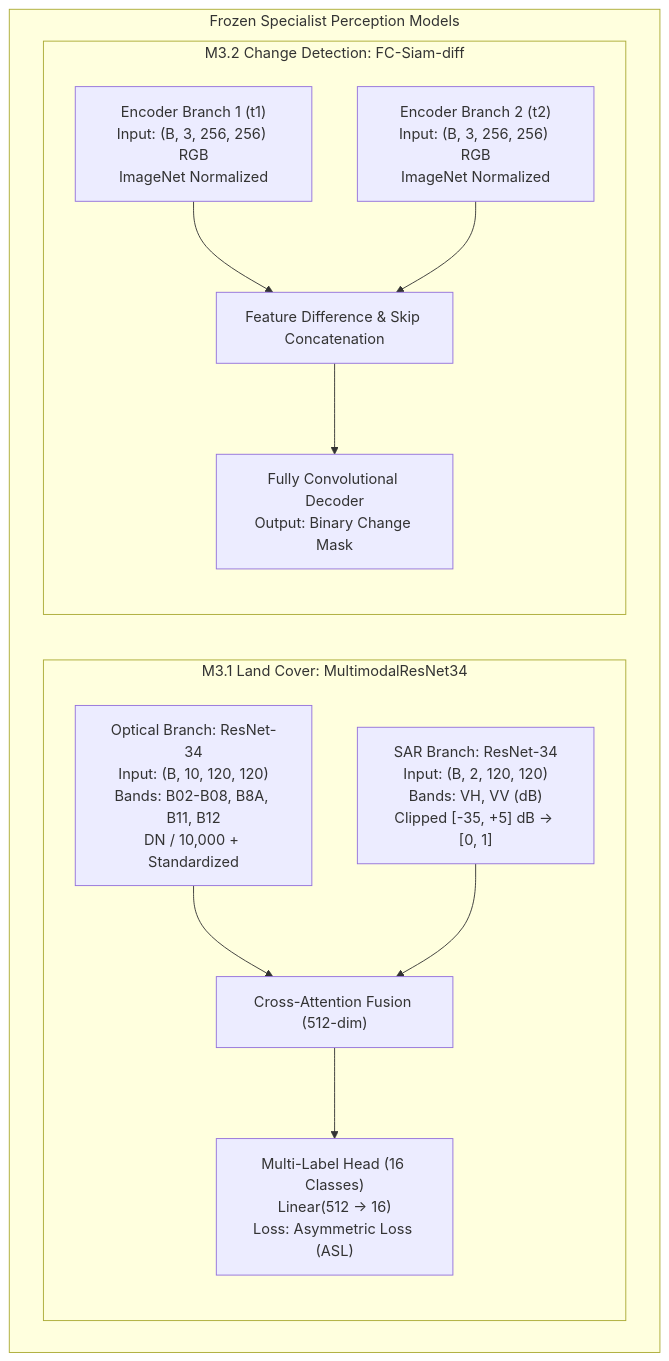
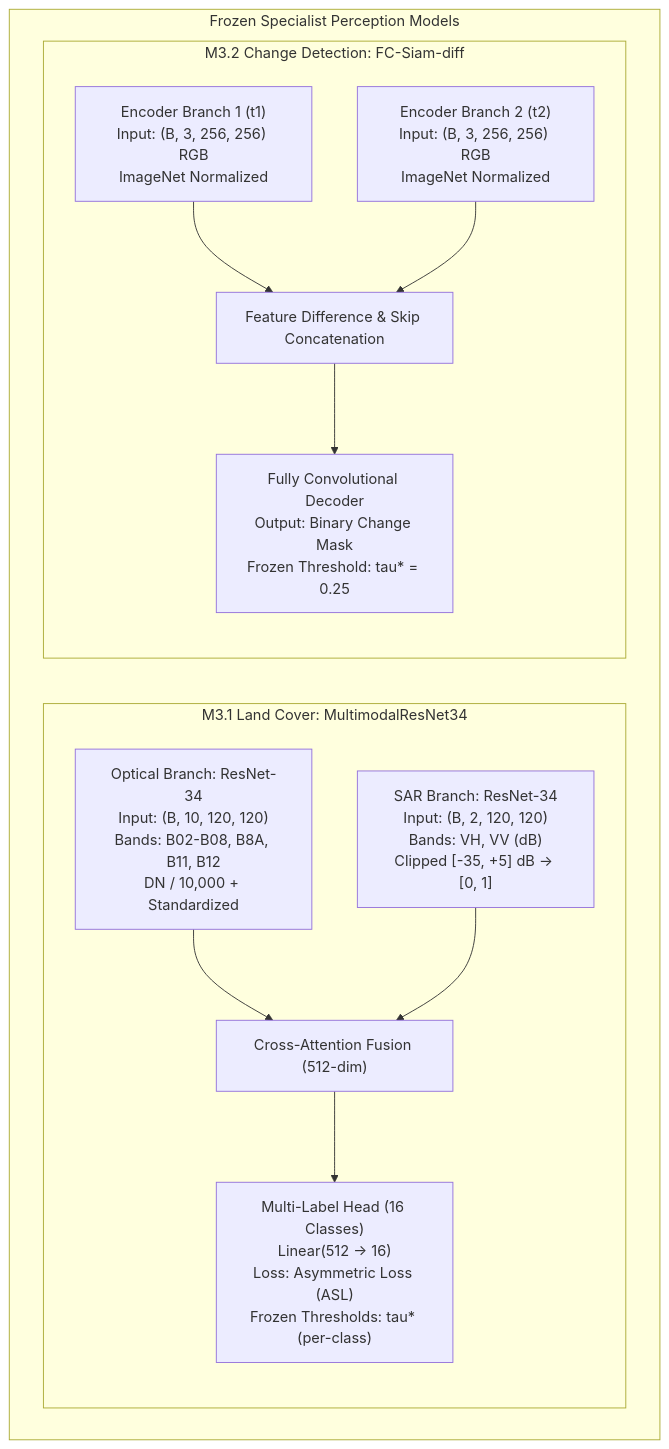
The first of 2 diagrams in PHASE4_PREREGISTRATION_PROTOCOL.md (navaneeth2205/SatQueryAI), drawn with Mermaid before and after one commit. The commit also changed other lines of this file and 1 other file, not shown here.

Commit message:
docs(protocol): upgrade to Draft v1.7 with frozen threshold restoration, IGBP plurality quarantine, and exact perturbation operators

````diff
--- a/PHASE4_PREREGISTRATION_PROTOCOL.md
+++ b/PHASE4_PREREGISTRATION_PROTOCOL.md
@@ -38,26 +47,26 @@
 ```mermaid
 flowchart TD
     subgraph Specialists["Frozen Specialist Perception Models"]
         subgraph M31["M3.1 Land Cover: MultimodalResNet34"]
             direction TB
             OptBranch["Optical Branch: ResNet-34\nInput: (B, 10, 120, 120)\nBands: B02-B08, B8A, B11, B12\nDN / 10,000 + Standardized"]
             SARBranch["SAR Branch: ResNet-34\nInput: (B, 2, 120, 120)\nBands: VH, VV (dB)\nClipped [-35, +5] dB -> [0, 1]"]
             Fusion["Cross-Attention Fusion (512-dim)"]
-            HeadLC["Multi-Label Head (16 Classes)\nLinear(512 -> 16)\nLoss: Asymmetric Loss (ASL)"]
+            HeadLC["Multi-Label Head (16 Classes)\nLinear(512 -> 16)\nLoss: Asymmetric Loss (ASL)\nFrozen Thresholds: tau* (per-class)"]
             OptBranch --> Fusion
             SARBranch --> Fusion
             Fusion --> HeadLC
         end
 
         subgraph M32["M3.2 Change Detection: FC-Siam-diff"]
             direction TB
             T1Branch["Encoder Branch 1 (t1)\nInput: (B, 3, 256, 256) RGB\nImageNet Normalized"]
             T2Branch["Encoder Branch 2 (t2)\nInput: (B, 3, 256, 256) RGB\nImageNet Normalized"]
             DiffCat["Feature Difference & Skip Concatenation"]
-            HeadCD["Fully Convolutional Decoder\nOutput: Binary Change Mask"]
+            HeadCD["Fully Convolutional Decoder\nOutput: Binary Change Mask\nFrozen Threshold: tau* = 0.25"]
             T1Branch --> DiffCat
             T2Branch --> DiffCat
             DiffCat --> HeadCD
         end
     end
 ```
````
